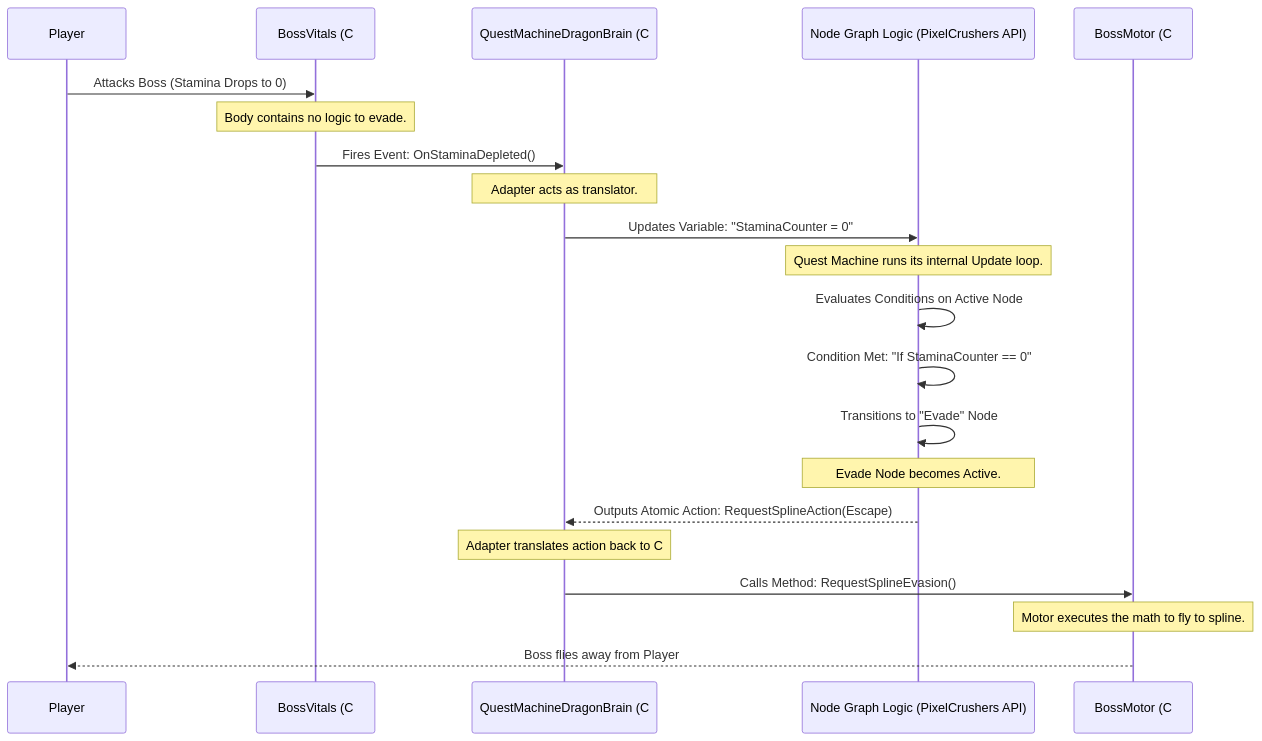
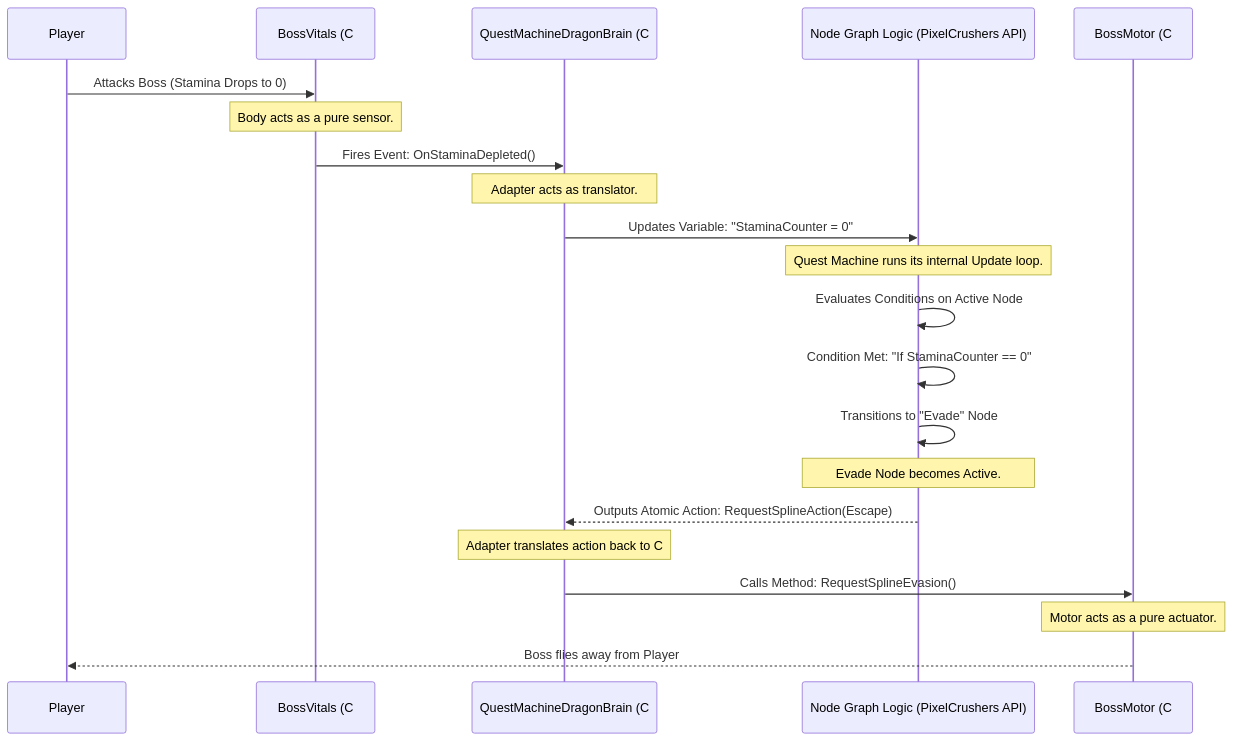
One commit to NatalieC001/dragonDump changed the fifth of 5 diagrams in Quest_Machine_Dragon_Brain_Docs.md. Above: the diagram before and after it, drawn with Mermaid. The commit also changed other lines of this file and 1 other file, not shown here.

Commit message:
Add documentation for Quest Machine and Dragon Brain architecture

````diff
--- a/Quest_Machine_Dragon_Brain_Docs.md
+++ b/Quest_Machine_Dragon_Brain_Docs.md
@@ -326,30 +320,30 @@
 ```mermaid
 sequenceDiagram
     participant Player
     participant Body as BossVitals (C#)
     participant Adapter as QuestMachineDragonBrain (C#)
     participant QuestMachine as Node Graph Logic (PixelCrushers API)
     participant Motor as BossMotor (C#)
 
     Player->>Body: Attacks Boss (Stamina Drops to 0)
-    
-    note over Body: Body contains no logic to evade.
+
+    note over Body: Body acts as a pure sensor.
     Body->>Adapter: Fires Event: OnStaminaDepleted()
-    
+
     note over Adapter: Adapter acts as translator.
     Adapter->>QuestMachine: Updates Variable: "StaminaCounter = 0"
-    
+
     note over QuestMachine: Quest Machine runs its internal Update loop.
     QuestMachine->>QuestMachine: Evaluates Conditions on Active Node
     QuestMachine->>QuestMachine: Condition Met: "If StaminaCounter == 0"
     QuestMachine->>QuestMachine: Transitions to "Evade" Node
-    
+
     note over QuestMachine: Evade Node becomes Active.
     QuestMachine-->>Adapter: Outputs Atomic Action: RequestSplineAction(Escape)
-    
+
     note over Adapter: Adapter translates action back to C#.
     Adapter->>Motor: Calls Method: RequestSplineEvasion()
-    
-    note over Motor: Motor executes the math to fly to spline.
+
+    note over Motor: Motor acts as a pure actuator.
     Motor-->>Player: Boss flies away from Player
 ```
````
